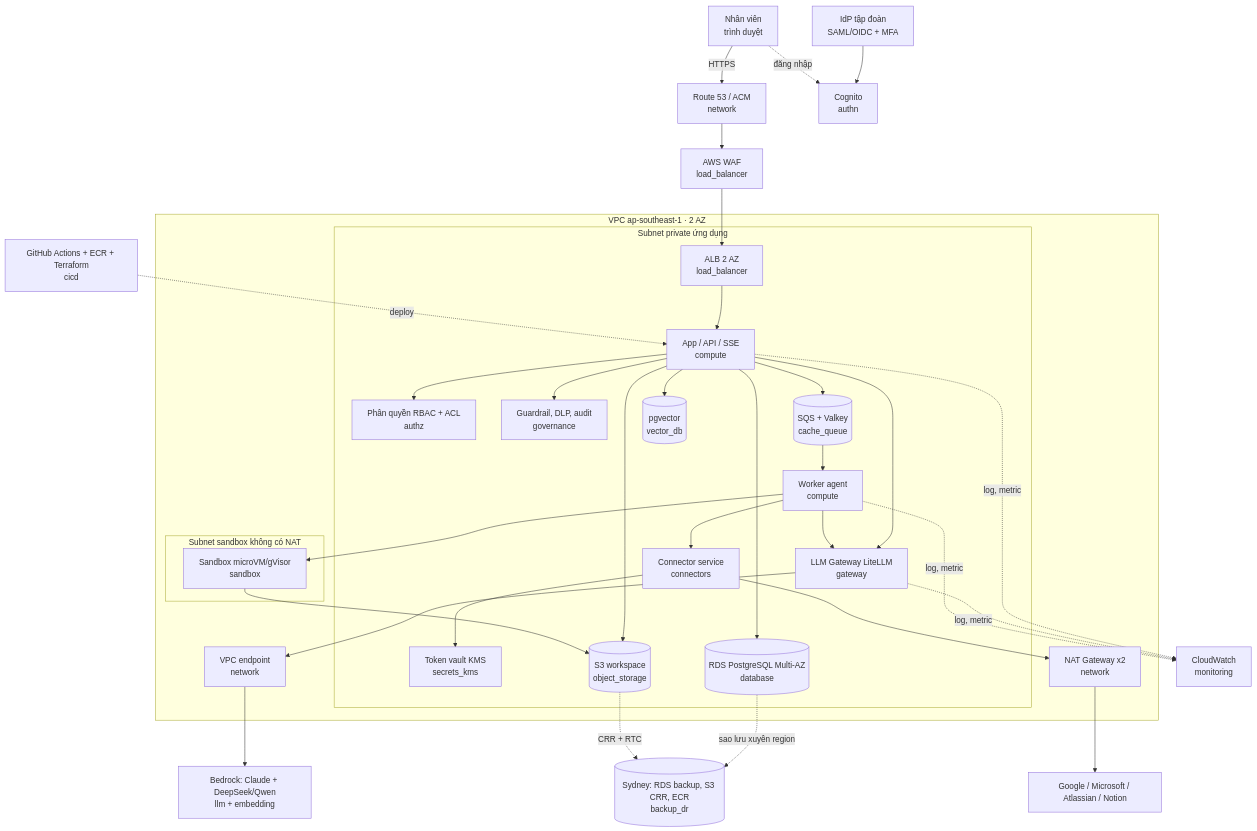
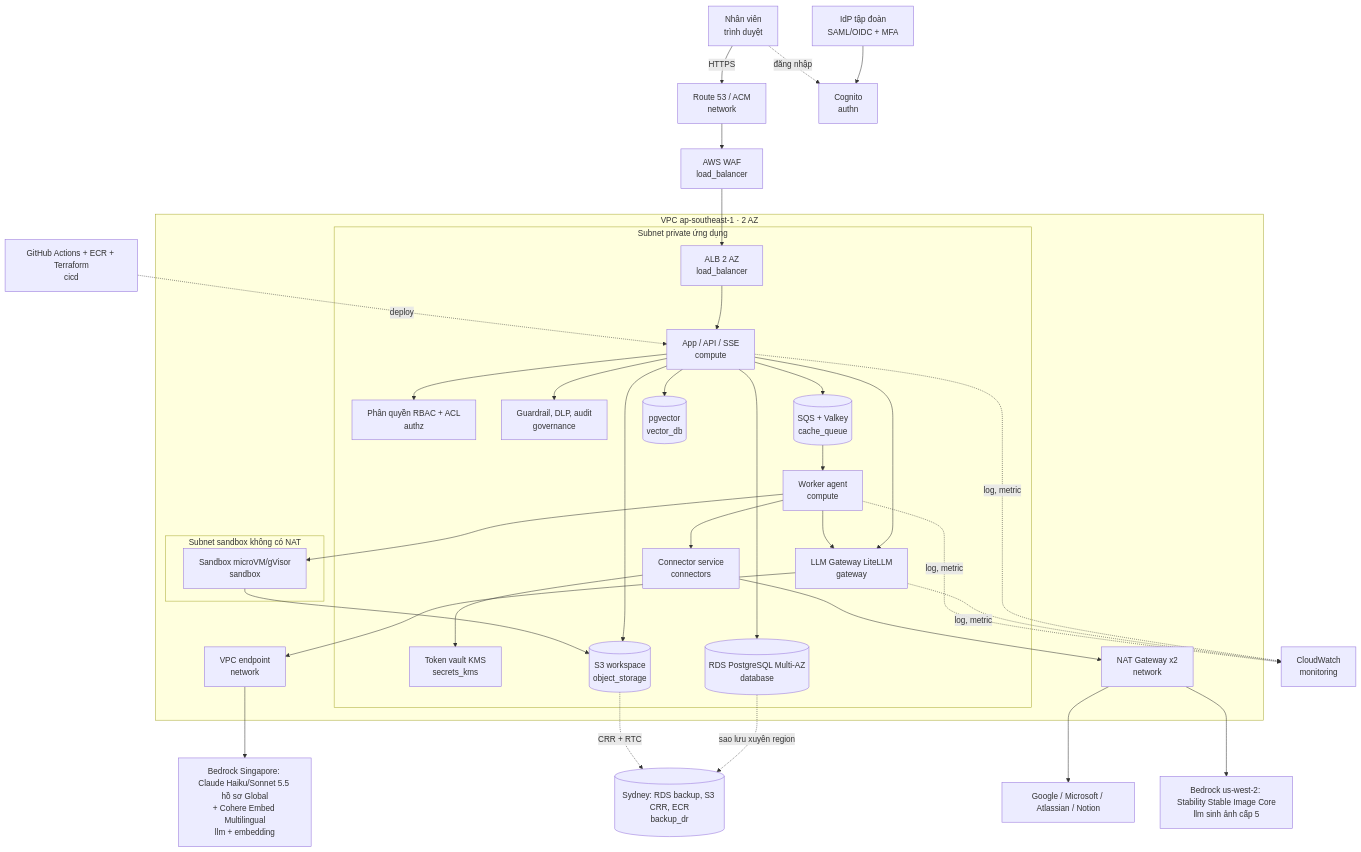
The first of 2 diagrams in docs/phan-C-ha-van-hanh.md (TuTune04/K4-Track2-Day28-TTL), drawn with Mermaid before and after one commit. The commit also changed other lines of this file and 2 other files, not shown here.

````diff
--- a/docs/phan-C-ha-van-hanh.md
+++ b/docs/phan-C-ha-van-hanh.md
@@ -153,36 +153,37 @@
 ```mermaid
 flowchart TB
   U[Nhân viên<br/>trình duyệt] -->|HTTPS| R53[Route 53 / ACM<br/>network]
   R53 --> WAF[AWS WAF<br/>load_balancer]
   WAF --> ALB[ALB 2 AZ<br/>load_balancer]
   IDP[IdP tập đoàn<br/>SAML/OIDC + MFA] --> COG[Cognito<br/>authn]
   U -.đăng nhập.-> COG
   subgraph VPC[VPC ap-southeast-1 · 2 AZ]
     subgraph PRIV[Subnet private ứng dụng]
       ALB --> APP[App / API / SSE<br/>compute]
       APP --> AUTHZ[Phân quyền RBAC + ACL<br/>authz]
       APP --> GOV[Guardrail, DLP, audit<br/>governance]
       APP --> GW[LLM Gateway LiteLLM<br/>gateway]
       APP --> Q[(SQS + Valkey<br/>cache_queue)]
       Q --> WK[Worker agent<br/>compute]
       WK --> GW
       WK --> CON[Connector service<br/>connectors]
       CON --> SEC[Token vault KMS<br/>secrets_kms]
       APP --> DB[(RDS PostgreSQL Multi-AZ<br/>database)]
       APP --> VDB[(pgvector<br/>vector_db)]
       APP --> OBJ[(S3 workspace<br/>object_storage)]
     end
     subgraph SBX[Subnet sandbox không có NAT]
       WK --> SB[Sandbox microVM/gVisor<br/>sandbox]
     end
     SB --> OBJ
     CON --> NAT[NAT Gateway x2<br/>network]
     GW --> VPCE[VPC endpoint<br/>network]
   end
   NAT --> SAAS[Google / Microsoft / Atlassian / Notion]
-  VPCE --> BR[Bedrock: Claude + DeepSeek/Qwen<br/>llm + embedding]
+  VPCE --> BR[Bedrock Singapore: Claude Haiku/Sonnet 5.5 hồ sơ Global<br/>+ Cohere Embed Multilingual<br/>llm + embedding]
+  NAT --> IMG[Bedrock us-west-2: Stability Stable Image Core<br/>llm sinh ảnh cấp 5]
   DB -.sao lưu xuyên region.-> DR[(Sydney: RDS backup, S3 CRR, ECR<br/>backup_dr)]
   OBJ -.CRR + RTC.-> DR
   APP & GW & WK -.log, metric.-> MON[CloudWatch<br/>monitoring]
   GH[GitHub Actions + ECR + Terraform<br/>cicd] -.deploy.-> APP
 ```
````
